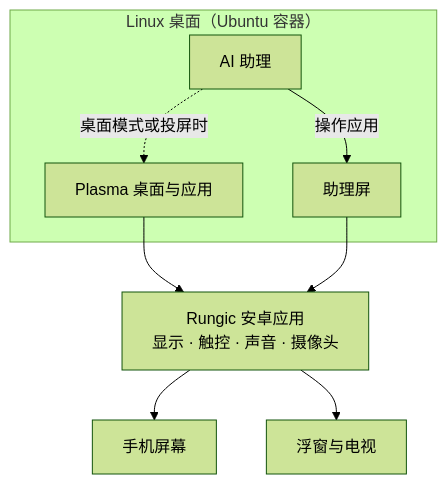
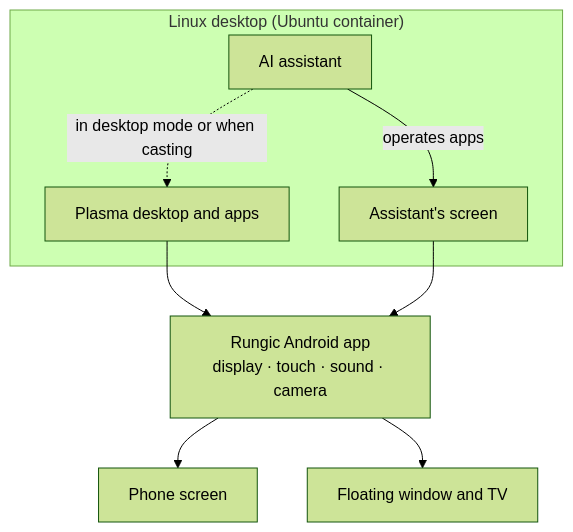
Before and after one commit to yayoinoyume/Rungic: the diagram in README.md, drawn with Mermaid (forest theme). The commit also changed other lines of this file and 9 other files, not shown here.

````diff
--- a/README.md
+++ b/README.md
@@ -49,15 +98,15 @@
 ```mermaid
 flowchart TB
-    subgraph container["Linux 桌面（Ubuntu 容器）"]
-        desktop["Plasma 桌面与应用"]
-        agent["AI 助理"]
-        workspace["助理屏"]
-        agent -- 操作应用 --> workspace
-        agent -. 桌面模式或投屏时 .-> desktop
+    subgraph container["Linux desktop (Ubuntu container)"]
+        desktop["Plasma desktop and apps"]
+        agent["AI assistant"]
+        workspace["Assistant's screen"]
+        agent -- operates apps --> workspace
+        agent -. in desktop mode or when casting .-> desktop
     end
-    app["Rungic 安卓应用<br/>显示 · 触控 · 声音 · 摄像头"]
+    app["Rungic Android app<br/>display · touch · sound · camera"]
     desktop --> app
     workspace --> app
-    app --> phone["手机屏幕"]
-    app --> tv["浮窗与电视"]
+    app --> phone["Phone screen"]
+    app --> tv["Floating window and TV"]
 ```
````
